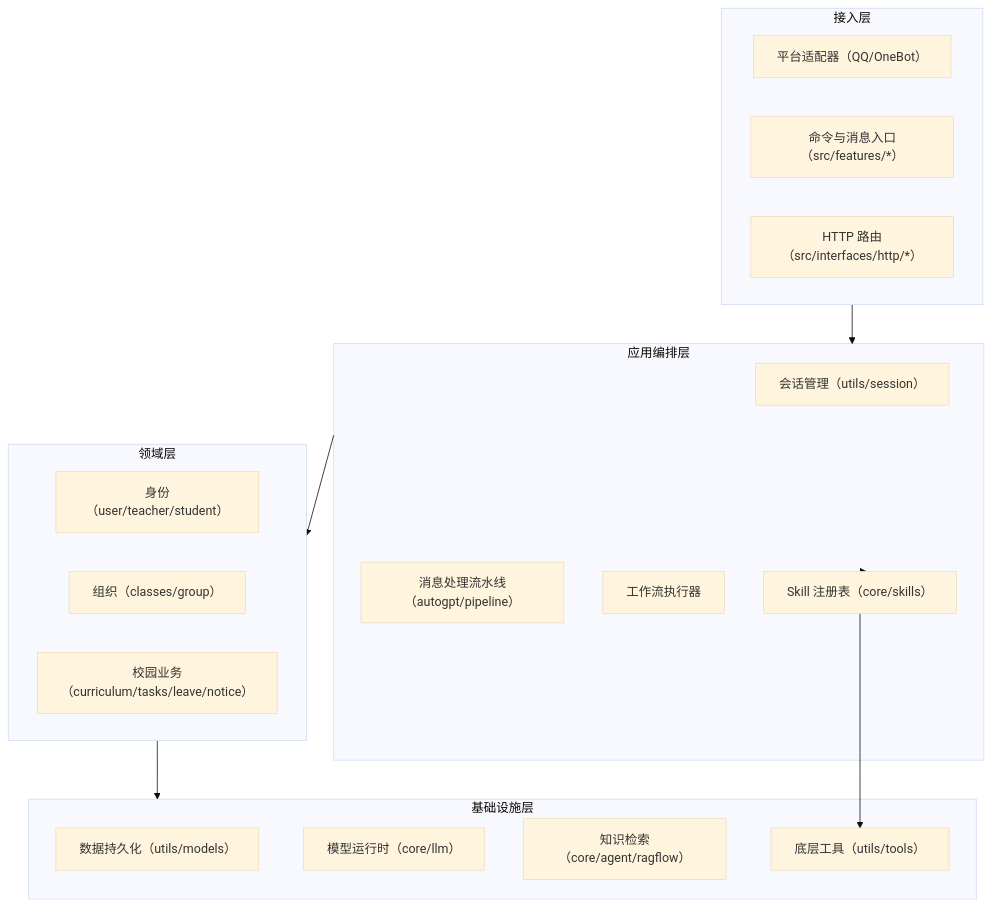
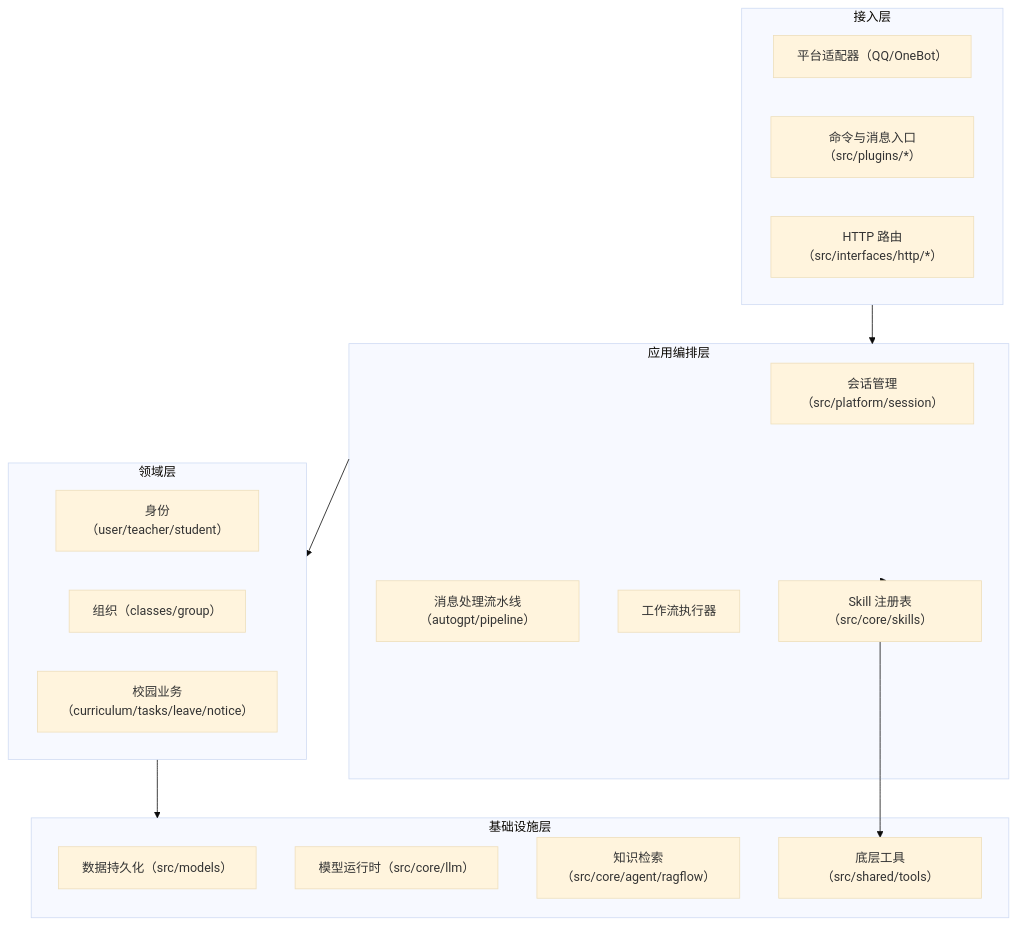
Before and after one commit to ClassRobot/ClassRobot: the second of 5 diagrams in docs/architecture/architecture-views.md, drawn with Mermaid (base theme). The commit also changed other lines of this file and 520 other files, not shown here.

````diff
--- a/docs/architecture/architecture-views.md
+++ b/docs/architecture/architecture-views.md
@@ -37,34 +37,34 @@
 ```mermaid
 flowchart TB
     subgraph Interface["接入层"]
         Adapters["平台适配器（QQ/OneBot）"]
-        Matchers["命令与消息入口（src/features/*）"]
+        Matchers["命令与消息入口（src/plugins/*）"]
         Routers["HTTP 路由（src/interfaces/http/*）"]
     end
 
     subgraph Orchestrator["应用编排层"]
-        Session["会话管理（utils/session）"]
+        Session["会话管理（src/platform/session）"]
         Pipeline["消息处理流水线（autogpt/pipeline）"]
         Workflow["工作流执行器"]
-        SkillReg["Skill 注册表（core/skills）"]
+        SkillReg["Skill 注册表（src/core/skills）"]
     end
 
     subgraph Domain["领域层"]
         Identity["身份（user/teacher/student）"]
         Org["组织（classes/group）"]
         Campus["校园业务（curriculum/tasks/leave/notice）"]
     end
 
     subgraph Infra["基础设施层"]
-        ORM["数据持久化（utils/models）"]
-        LLMRuntime["模型运行时（core/llm）"]
-        RagClient["知识检索（core/agent/ragflow）"]
-        Tools["底层工具（utils/tools）"]
+        ORM["数据持久化（src/models）"]
+        LLMRuntime["模型运行时（src/core/llm）"]
+        RagClient["知识检索（src/core/agent/ragflow）"]
+        Tools["底层工具（src/shared/tools）"]
     end
 
     Interface --> Orchestrator
     Orchestrator --> Domain
     Orchestrator --> SkillReg
     Domain --> Infra
     SkillReg --> Tools
 ```
````
